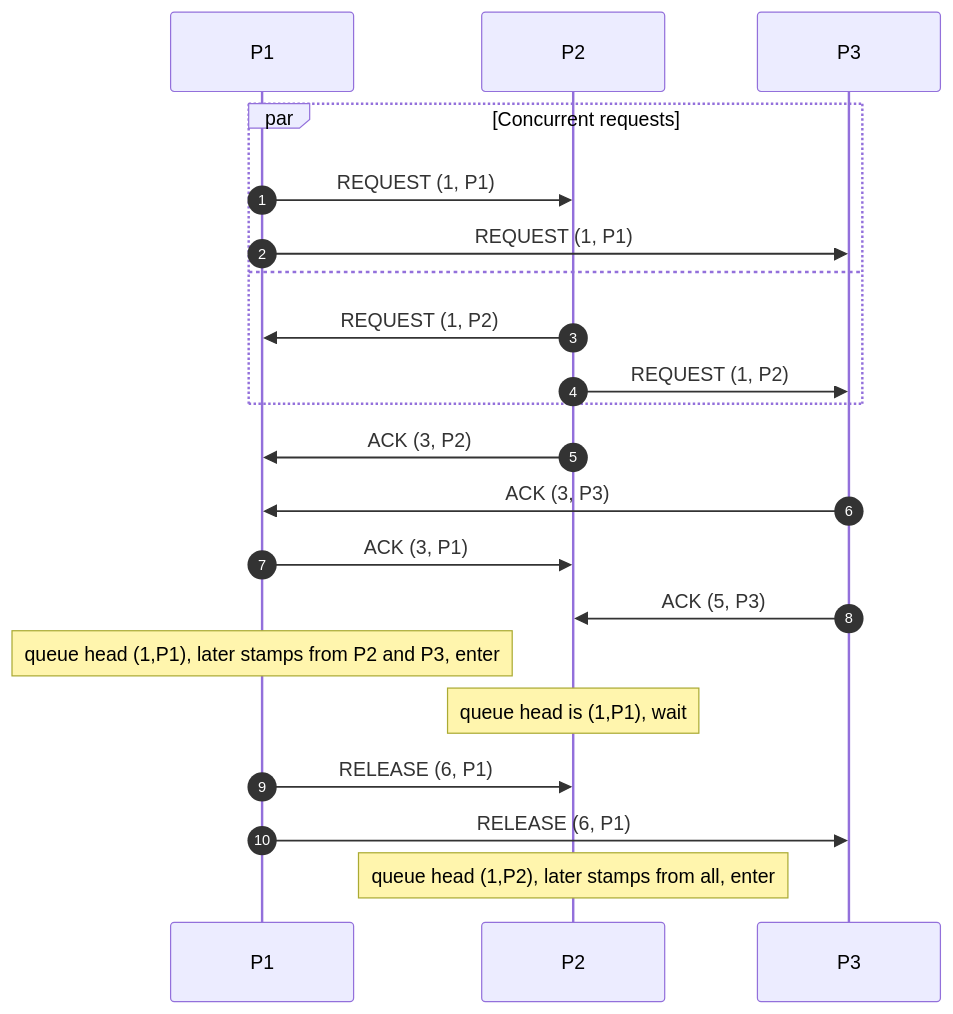
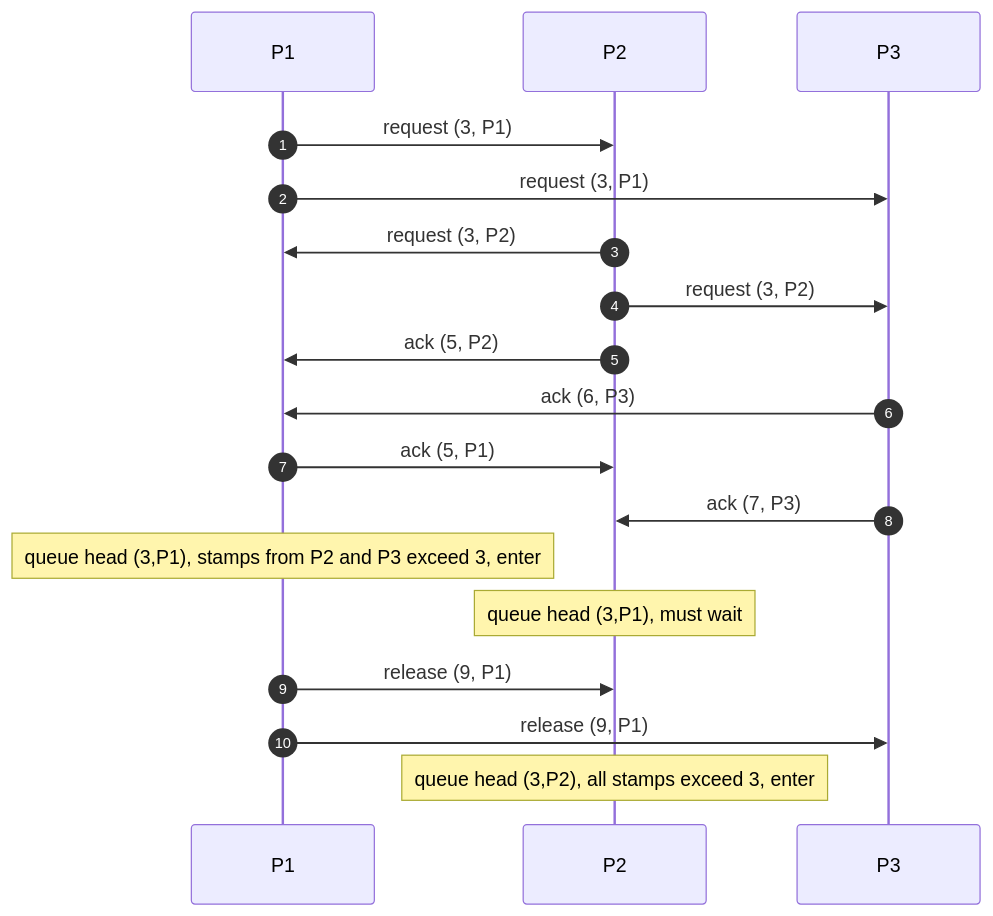
One commit to gorkemsari/distributed-systems changed the fourth of 6 diagrams in src/content/docs/en/foundations/time-and-ordering/lamport-timestamps.mdx. Above: the diagram before and after it, drawn with Mermaid. The commit also changed other lines of this file and 3 other files, not shown here.

````diff
--- a/src/content/docs/en/foundations/time-and-ordering/lamport-timestamps.mdx
+++ b/src/content/docs/en/foundations/time-and-ordering/lamport-timestamps.mdx
@@ -76,23 +107,20 @@
 ```mermaid
 sequenceDiagram
     autonumber
     participant P1
     participant P2
     participant P3
-    par Concurrent requests
-        P1->>P2: REQUEST (1, P1)
-        P1->>P3: REQUEST (1, P1)
-    and
-        P2->>P1: REQUEST (1, P2)
-        P2->>P3: REQUEST (1, P2)
-    end
-    P2->>P1: ACK (3, P2)
-    P3->>P1: ACK (3, P3)
-    P1->>P2: ACK (3, P1)
-    P3->>P2: ACK (5, P3)
-    Note over P1: queue head (1,P1), later stamps from P2 and P3, enter
-    Note over P2: queue head is (1,P1), wait
-    P1->>P2: RELEASE (6, P1)
-    P1->>P3: RELEASE (6, P1)
-    Note over P2: queue head (1,P2), later stamps from all, enter
+    P1->>P2: request (3, P1)
+    P1->>P3: request (3, P1)
+    P2->>P1: request (3, P2)
+    P2->>P3: request (3, P2)
+    P2->>P1: ack (5, P2)
+    P3->>P1: ack (6, P3)
+    P1->>P2: ack (5, P1)
+    P3->>P2: ack (7, P3)
+    Note over P1: queue head (3,P1), stamps from P2 and P3 exceed 3, enter
+    Note over P2: queue head (3,P1), must wait
+    P1->>P2: release (9, P1)
+    P1->>P3: release (9, P1)
+    Note over P2: queue head (3,P2), all stamps exceed 3, enter
 ```
````
